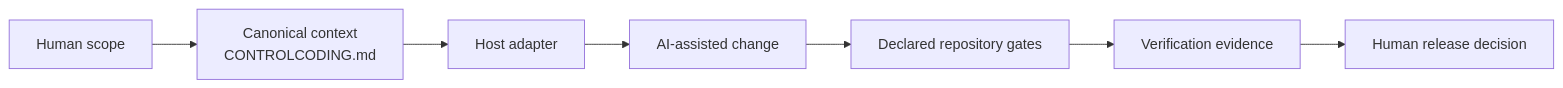
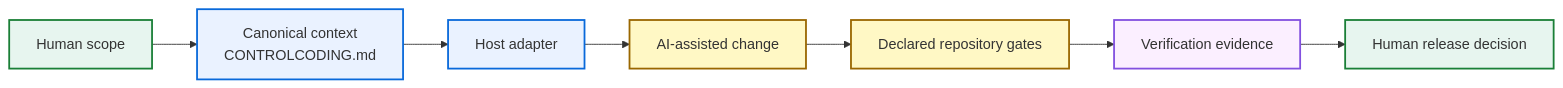
Before and after one commit to Naimas/ControlCoding: the diagram in README.md, drawn with Mermaid. The commit also changed other lines of this file, not shown here.

````diff
--- a/README.md
+++ b/README.md
@@ -50,9 +50,19 @@
 ```mermaid
 flowchart LR
     H[Human scope] --> C[Canonical context<br/>CONTROLCODING.md]
     C --> A[Host adapter]
     A --> W[AI-assisted change]
     W --> G[Declared repository gates]
     G --> V[Verification evidence]
     V --> D[Human release decision]
+
+    classDef human fill:#e7f5ef,stroke:#1a7f37,stroke-width:2px
+    classDef context fill:#eaf2ff,stroke:#0969da,stroke-width:2px
+    classDef work fill:#fff8c5,stroke:#9a6700,stroke-width:2px
+    classDef evidence fill:#fbefff,stroke:#8250df,stroke-width:2px
+
+    class H,D human
+    class C,A context
+    class W,G work
+    class V evidence
 ```
````
